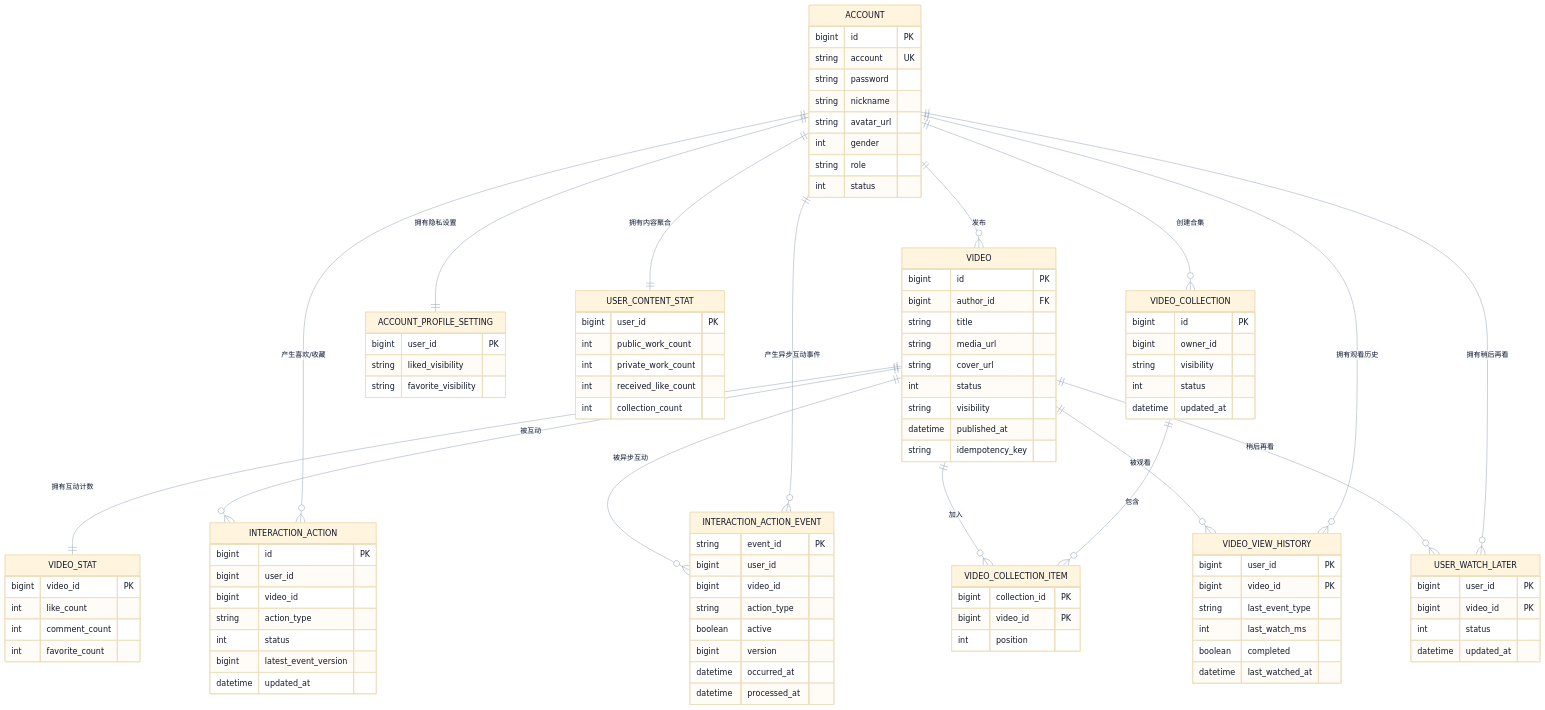
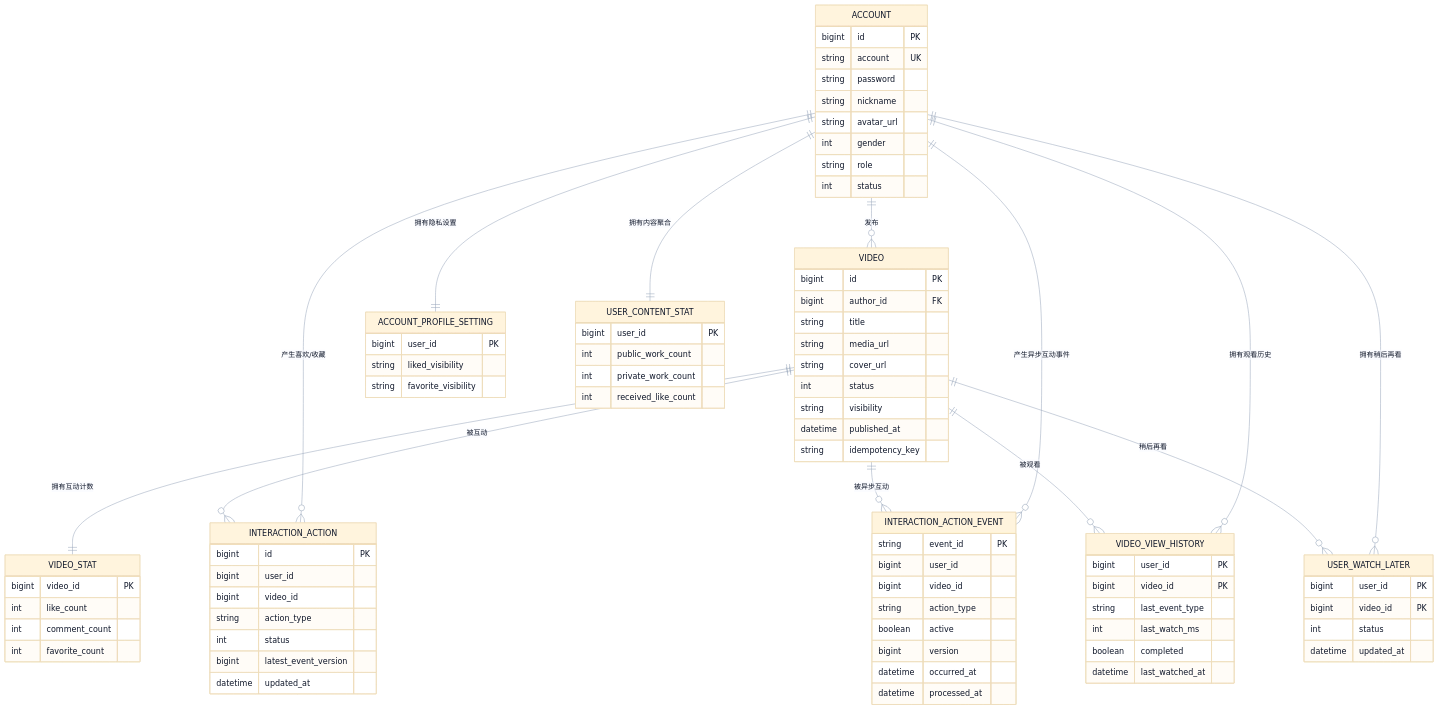
One commit to shiyudesu/frux changed the fifth of 11 diagrams in docs/architecture.md. Above: the diagram before and after it, drawn with Mermaid. The commit also changed other lines of this file and 56 other files, not shown here.

````diff
--- a/docs/architecture.md
+++ b/docs/architecture.md
@@ -340,10 +340,7 @@
   ACCOUNT ||--o{ INTERACTION_ACTION_EVENT : "产生异步互动事件"
   ACCOUNT ||--o{ VIDEO_VIEW_HISTORY : "拥有观看历史"
   ACCOUNT ||--o{ USER_WATCH_LATER : "拥有稍后再看"
-  ACCOUNT ||--o{ VIDEO_COLLECTION : "创建合集"
   VIDEO ||--|| VIDEO_STAT : "拥有互动计数"
-  VIDEO_COLLECTION ||--o{ VIDEO_COLLECTION_ITEM : "包含"
-  VIDEO ||--o{ VIDEO_COLLECTION_ITEM : "加入"
   VIDEO ||--o{ INTERACTION_ACTION : "被互动"
   VIDEO ||--o{ INTERACTION_ACTION_EVENT : "被异步互动"
   VIDEO ||--o{ VIDEO_VIEW_HISTORY : "被观看"
@@ -390,7 +387,6 @@
     int public_work_count
     int private_work_count
     int received_like_count
-    int collection_count
   }
 
   INTERACTION_ACTION {
@@ -430,17 +426,4 @@
     datetime updated_at
   }
 
-  VIDEO_COLLECTION {
-    bigint id PK
-    bigint owner_id
-    string visibility
-    int status
-    datetime updated_at
-  }
-
-  VIDEO_COLLECTION_ITEM {
-    bigint collection_id PK
-    bigint video_id PK
-    int position
-  }
 ```
````
